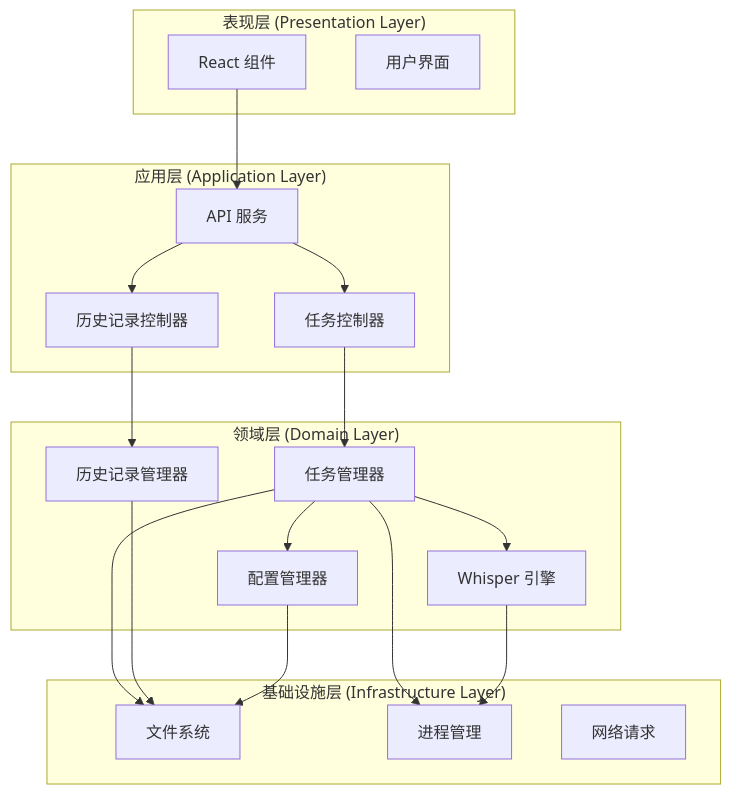
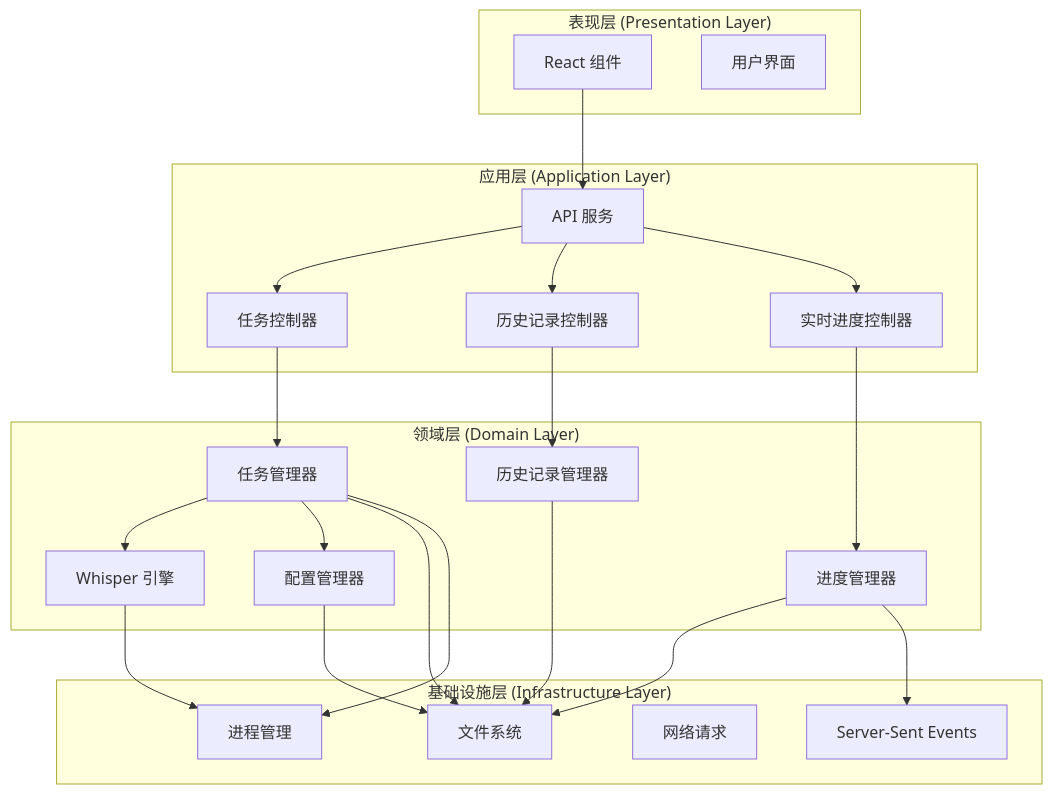
Before and after one commit to clawbotai/memo-flow: the fifth of 10 diagrams in .qoder/repowiki/zh/content/核心功能模块/转录任务管理系统.md, drawn with Mermaid. The commit also changed other lines of this file and 5 other files, not shown here.

````diff
--- a/.qoder/repowiki/zh/content/核心功能模块/转录任务管理系统.md
+++ b/.qoder/repowiki/zh/content/核心功能模块/转录任务管理系统.md
@@ -219,35 +229,42 @@
 ```mermaid
 graph TB
 subgraph "表现层 (Presentation Layer)"
 Components[React 组件]
 UI[用户界面]
 end
 subgraph "应用层 (Application Layer)"
 APIService[API 服务]
 TaskController[任务控制器]
 HistoryController[历史记录控制器]
+LiveProgressController[实时进度控制器]
 end
 subgraph "领域层 (Domain Layer)"
 TaskManager[任务管理器]
 HistoryManager[历史记录管理器]
 WhisperEngine[Whisper 引擎]
 ConfigManager[配置管理器]
+ProgressManager[进度管理器]
 end
 subgraph "基础设施层 (Infrastructure Layer)"
 FileSystem[文件系统]
 Process[进程管理]
 Network[网络请求]
+SSE[Server-Sent Events]
 end
 Components --> APIService
 APIService --> TaskController
 APIService --> HistoryController
+APIService --> LiveProgressController
 TaskController --> TaskManager
 HistoryController --> HistoryManager
+LiveProgressController --> ProgressManager
 TaskManager --> WhisperEngine
 TaskManager --> ConfigManager
 TaskManager --> FileSystem
 TaskManager --> Process
 HistoryManager --> FileSystem
+ProgressManager --> FileSystem
+ProgressManager --> SSE
 WhisperEngine --> Process
 ConfigManager --> FileSystem
 ```
````
